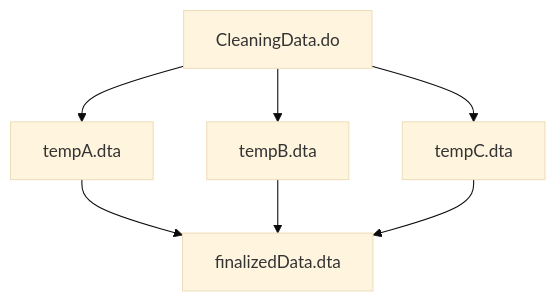
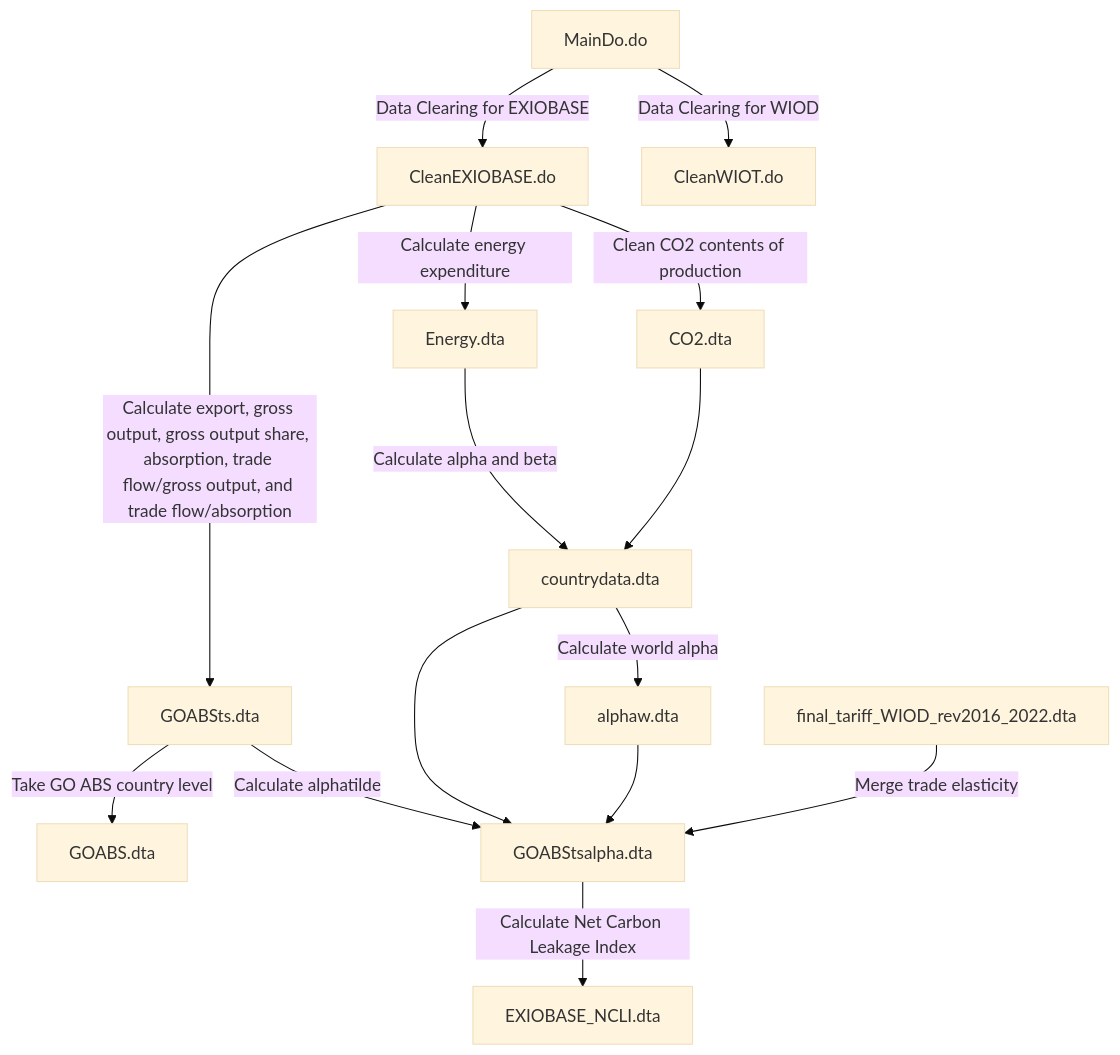
One commit to AkariOno/Trade_Carbon changed the diagram in README.md. Above: the diagram before and after it, drawn with Mermaid (base theme).

````diff
--- a/README.md
+++ b/README.md
@@ -17,9 +17,17 @@
 ```mermaid
 graph TD;
-    A[CleaningData.do] --> B[tempA.dta]
-    A --> C[tempB.dta]
-    A --> D[tempC.dta]
-    B --> E[finalizedData.dta]
-    C --> E
-    D --> E
+    A[MainDo.do] --> |Data Clearing for EXIOBASE|B[CleanEXIOBASE.do]
+    A --> |Data Clearing for WIOD|C[CleanWIOT.do]
+    B --> |Calculate export, gross output, gross output share, absorption, trade flow/gross output, and trade flow/absorption|D[GOABSts.dta]
+    D --> |Take GO ABS country level|E[GOABS.dta]
+    B --> |Calculate energy expenditure|F[Energy.dta]
+    B --> |Clean CO2 contents of production|G[CO2.dta]
+    F --> |Calculate alpha and beta|H[countrydata.dta]
+    G --> H
+    H --> |Calculate world alpha|I[alphaw.dta]
+    D --> |Calculate alphatilde|J[GOABStsalpha.dta]
+    H --> J
+    I --> J
+    K[final_tariff_WIOD_rev2016_2022.dta] --> |Merge trade elasticity|J
+    J --> |Calculate Net Carbon Leakage Index|L[EXIOBASE_NCLI.dta]
 ```
````
